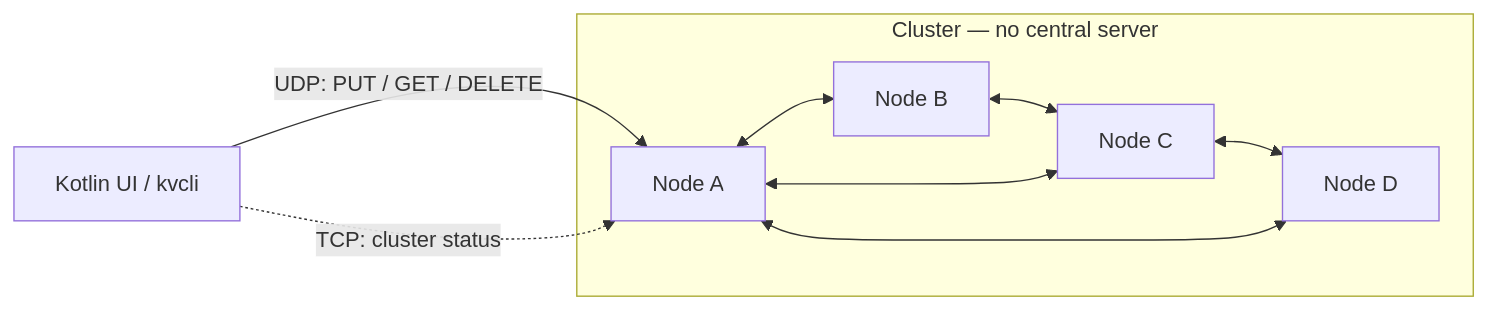
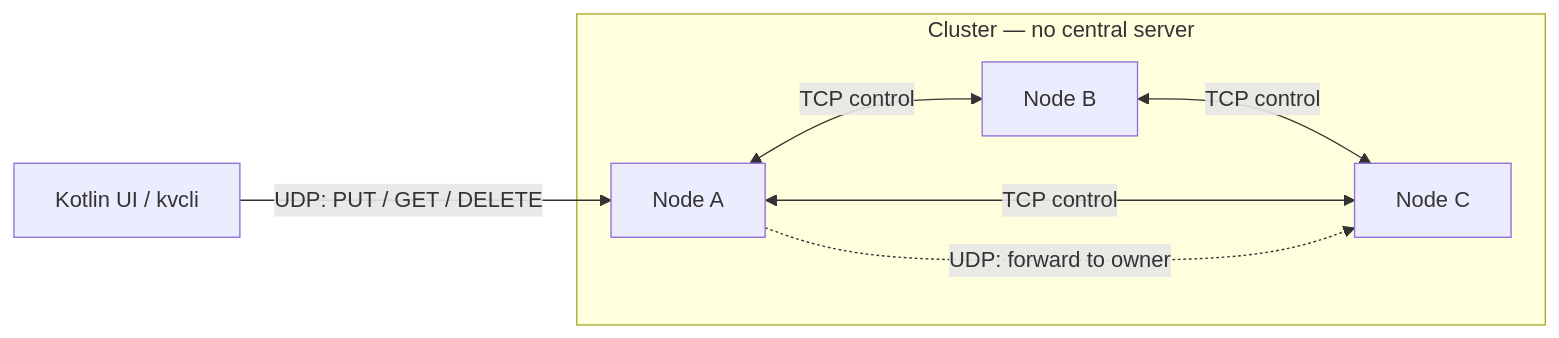
Before and after one commit to vasilev-anri/distributed_key-value_database: the first of 4 diagrams in README.md, drawn with Mermaid. The commit also changed other lines of this file, not shown here.

````diff
--- a/README.md
+++ b/README.md
@@ -44,19 +46,16 @@
 ```mermaid
 flowchart LR
     UI["Kotlin UI / kvcli"]
 
     subgraph Cluster["Cluster — no central server"]
         A["Node A"]
         B["Node B"]
         C["Node C"]
-        D["Node D"]
-        A <--> B
-        B <--> C
-        C <--> D
-        D <--> A
-        A <--> C
+        A <-- "TCP control" --> B
+        B <-- "TCP control" --> C
+        A <-- "TCP control" --> C
     end
 
     UI -- "UDP: PUT / GET / DELETE" --> A
-    UI -. "TCP: cluster status" .-> A
+    A -. "UDP: forward to owner" .-> C
 ```
````
